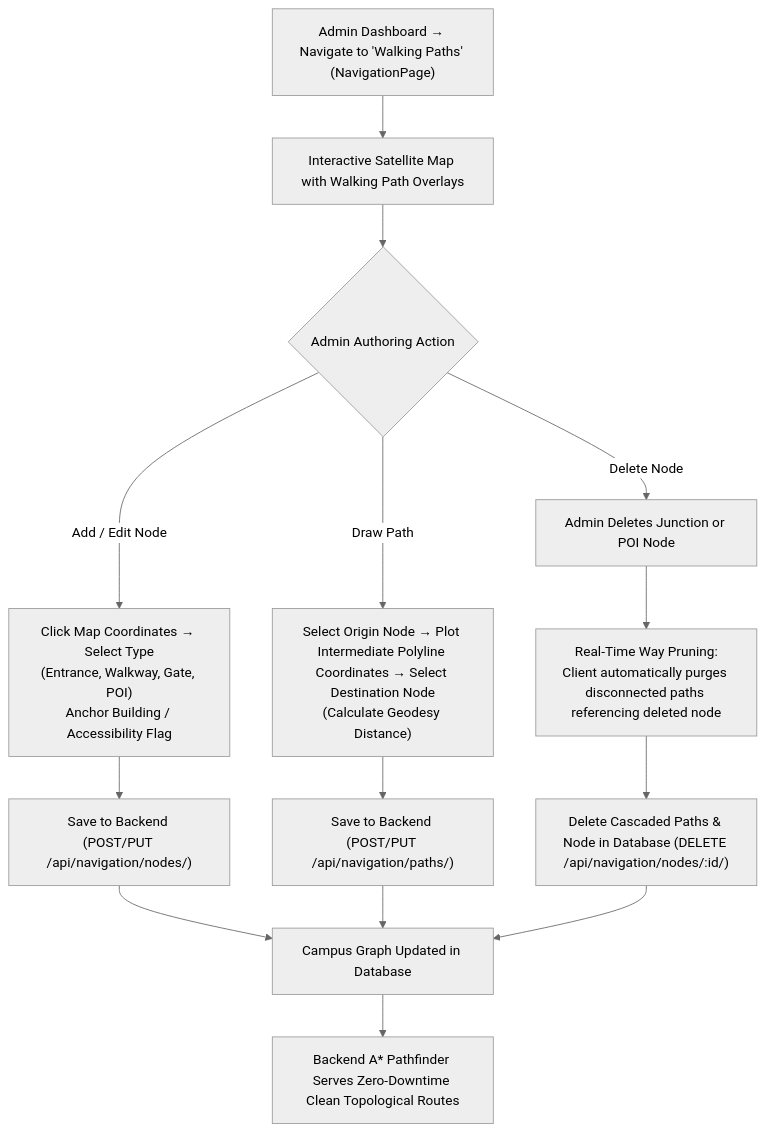
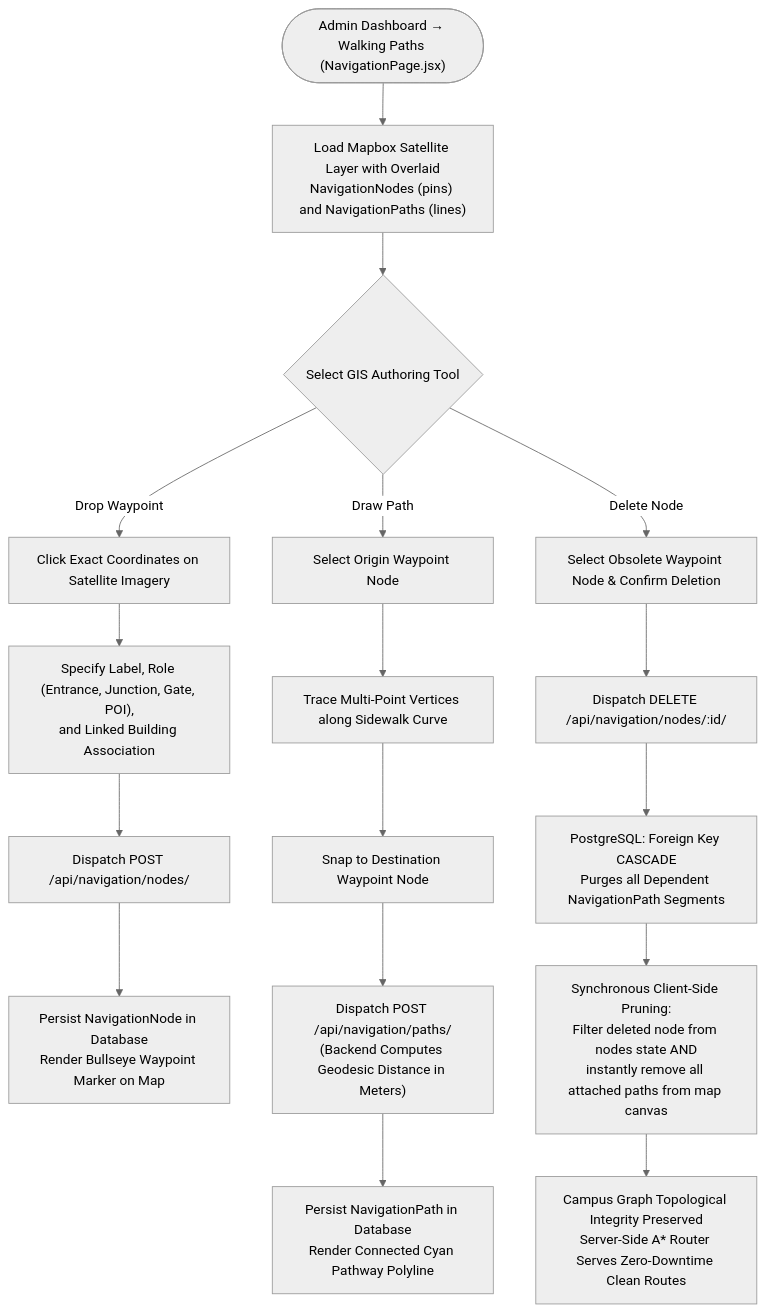
Before and after one commit to Cipher-Syntax/ARQuest: the seventh of 7 diagrams in user-flow.md, drawn with Mermaid (neutral theme). The commit also changed other lines of this file and 8 other files, not shown here.

Commit message:
Updated: documentation + diagrams

````diff
--- a/user-flow.md
+++ b/user-flow.md
@@ -177,22 +235,28 @@
 ```mermaid
 flowchart TD
-    ADMIN_START["Admin Dashboard → Navigate to 'Walking Paths' (NavigationPage)"]
-    ADMIN_START --> MAP_VIEW["Interactive Satellite Map with Walking Path Overlays"]
+    ADMIN_START(["Admin Dashboard → Walking Paths (NavigationPage.jsx)"])
+    LOAD_MAP["Load Mapbox Satellite Layer with Overlaid<br/>NavigationNodes (pins) and NavigationPaths (lines)"]
+    ADMIN_START --> LOAD_MAP
 
-    MAP_VIEW --> ADMIN_CHOICE{"Admin Authoring Action"}
+    LOAD_MAP --> ACTION_CHOICE{"Select GIS Authoring Tool"}
 
-    ADMIN_CHOICE -->|"Add / Edit Node"| PLACE_NODE["Click Map Coordinates → Select Type\n(Entrance, Walkway, Gate, POI)\nAnchor Building / Accessibility Flag"]
-    ADMIN_CHOICE -->|"Draw Path"| DRAW_WAY["Select Origin Node → Plot Intermediate Polyline Coordinates → Select Destination Node\n(Calculate Geodesy Distance)"]
-    ADMIN_CHOICE -->|"Delete Node"| DELETE_NODE["Admin Deletes Junction or POI Node"]
+    %% Waypoint Creation
+    ACTION_CHOICE -->|"Drop Waypoint"| CLICK_TERRAIN["Click Exact Coordinates on Satellite Imagery"]
+    CLICK_TERRAIN --> MODAL_NODE["Specify Label, Role (Entrance, Junction, Gate, POI),<br/>and Linked Building Association"]
+    MODAL_NODE --> SAVE_NODE["Dispatch POST /api/navigation/nodes/"]
+    SAVE_NODE --> INSERT_NODE["Persist NavigationNode in Database<br/>Render Bullseye Waypoint Marker on Map"]
 
-    PLACE_NODE --> BULK_SAVE["Save to Backend (POST/PUT /api/navigation/nodes/)"]
-    DRAW_WAY --> BULK_SAVE_PATH["Save to Backend (POST/PUT /api/navigation/paths/)"]
-    DELETE_NODE --> REALTIME_PRUNE["Real-Time Way Pruning:\nClient automatically purges disconnected paths referencing deleted node"]
-    REALTIME_PRUNE --> BULK_DELETE["Delete Cascaded Paths & Node in Database (DELETE /api/navigation/nodes/:id/)"]
+    %% Pathway Drawing
+    ACTION_CHOICE -->|"Draw Path"| CLICK_ORIGIN["Select Origin Waypoint Node"]
+    CLICK_ORIGIN --> TRACE_POLY["Trace Multi-Point Vertices along Sidewalk Curve"]
+    TRACE_POLY --> SNAP_DEST["Snap to Destination Waypoint Node"]
+    SNAP_DEST --> SAVE_PATH["Dispatch POST /api/navigation/paths/<br/>(Backend Computes Geodesic Distance in Meters)"]
+    SAVE_PATH --> INSERT_PATH["Persist NavigationPath in Database<br/>Render Connected Cyan Pathway Polyline"]
 
-    BULK_SAVE --> GRAPH_READY["Campus Graph Updated in Database"]
-    BULK_SAVE_PATH --> GRAPH_READY
-    BULK_DELETE --> GRAPH_READY
-
-    GRAPH_READY --> SERVER_ASTAR["Backend A* Pathfinder Serves Zero-Downtime Clean Topological Routes"]
+    %% Node Deletion & Cascade Pruning
+    ACTION_CHOICE -->|"Delete Node"| SELECT_DEL["Select Obsolete Waypoint Node & Confirm Deletion"]
+    SELECT_DEL --> DISPATCH_DEL["Dispatch DELETE /api/navigation/nodes/:id/"]
+    DISPATCH_DEL --> CASCADE_DB["PostgreSQL: Foreign Key CASCADE<br/>Purges all Dependent NavigationPath Segments"]
+    CASCADE_DB --> PRUNE_CLIENT["Synchronous Client-Side Pruning:<br/>Filter deleted node from nodes state AND<br/>instantly remove all attached paths from map canvas"]
+    PRUNE_CLIENT --> TOPOLOGY_READY["Campus Graph Topological Integrity Preserved<br/>Server-Side A* Router Serves Zero-Downtime Clean Routes"]
 ```
````
